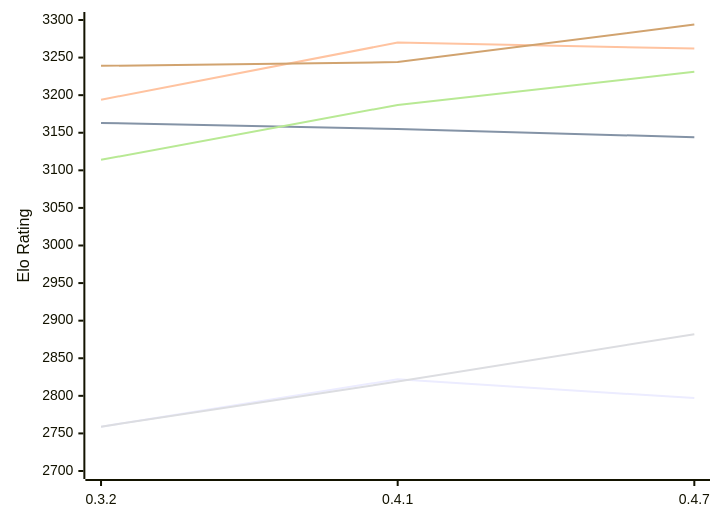
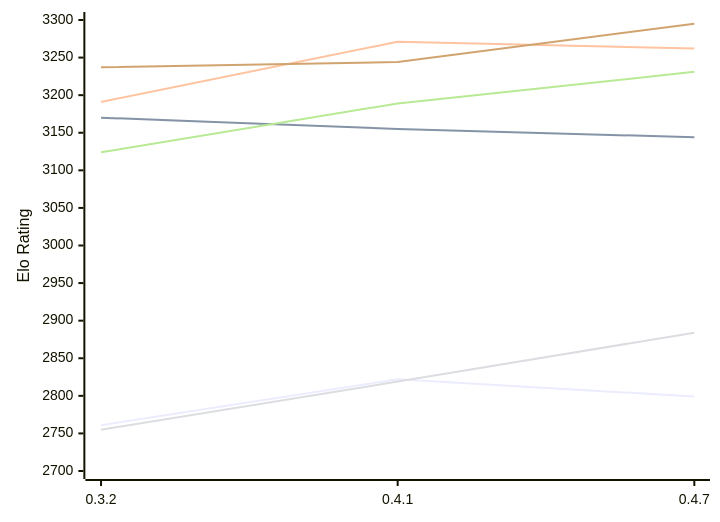
Before and after one commit to computer-chess-index/cci: the diagram in engines/Arabica.md, drawn with Mermaid. The commit also changed other lines of this file, not shown here.

Commit message:
Update CCI Ratings (ELO VLTC) - 2026-11-27

````diff
--- a/engines/Arabica.md
+++ b/engines/Arabica.md
@@ -51,12 +51,12 @@
 ```mermaid
 %%{init: {"theme":"base","themeVariables":{"seriesColors:['#a3a3a3','#222221','#faa371']}}}%%
 xychart-beta
   x-axis ["0.3.2", "0.4.1", "0.4.7"]
   y-axis "Elo Rating" 2700 --> 3300
-  line "E1: STC (8.0+0.08s)" [2759, 2822, 2797]
-  line "E1: LTC (60.0+0.60s)" [3163, 3155, 3144]
-  line "E1: VLTC (2m24s+1.12s)" [3194, 3270, 3262]
-  line "P1: STC (8.0+0.08s)" [2759, 2819, 2882]
-  line "P1: LTC (60.0+0.60s)" [3114, 3187, 3231]
-  line "P1: VLTC (2m24s+1.12s)" [3239, 3244, 3294]
+  line "E1: STC (8.0+0.08s)" [2761, 2822, 2799]
+  line "E1: LTC (60.0+0.60s)" [3170, 3155, 3144]
+  line "E1: VLTC (2m24s+1.12s)" [3191, 3271, 3262]
+  line "P1: STC (8.0+0.08s)" [2755, 2819, 2884]
+  line "P1: LTC (60.0+0.60s)" [3124, 3189, 3231]
+  line "P1: VLTC (2m24s+1.12s)" [3237, 3244, 3295]
 ```
````
